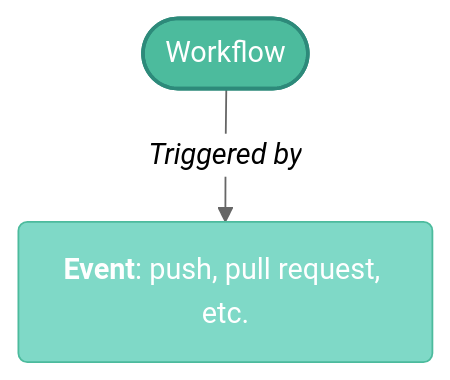
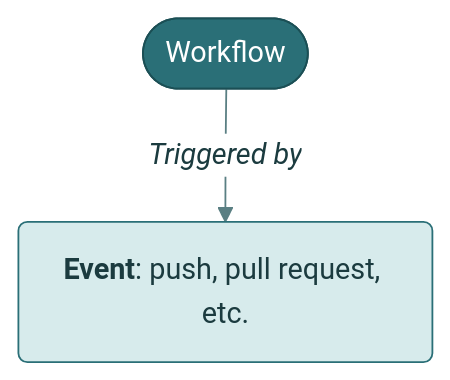
One commit to mjfrigaard/shiny-app-pkgs changed the first of 8 diagrams in gha.qmd. Above: the diagram before and after it, drawn with Mermaid. The commit also changed other lines of this file and 22 other files, not shown here.

First line of the commit message:
Standardize mermaid diagrams on the site teal palette

````diff
--- a/gha.qmd
+++ b/gha.qmd
@@ -94,11 +94,14 @@
 ```{mermaid}
 %%| fig-align: center
-%%{init: {'theme': 'neutral', 'themeVariables': { 'fontFamily': 'monospace', "fontSize":"16px"}}}%%
+%%{init: {'theme': 'base', 'themeVariables': { 'fontFamily': 'monospace', "fontSize":"16px", "primaryColor":"#D7EBEC", "primaryTextColor":"#1B3B3F", "primaryBorderColor":"#2A6F77", "lineColor":"#5A7F83", "edgeLabelBackground":"#FFFFFF", "clusterBkg":"#F3F8F8", "clusterBorder":"#2A6F77", "darkMode":false}}}%%
 
 flowchart TD
   workflow(["Workflow"]) -->|"<em>Triggered by<em>"| event("<strong>Event</strong>: push, pull request, etc.")
 
-  style workflow fill:#4CBB9D,color:#fff,stroke:#2d8a7a,stroke-width:2px
-  style event fill:#7fd9c7,color:#fff,stroke:#4CBB9D,stroke-width:1px
-
+    classDef term fill:#2A6F77,color:#FFFFFF,stroke:#1B4F55,stroke-width:1px
+    classDef step fill:#D7EBEC,color:#1B3B3F,stroke:#2A6F77,stroke-width:1px
+    classDef decision fill:#F4C26B,color:#3D2A00,stroke:#B7832B,stroke-width:1px
+    classDef io fill:#FFFFFF,color:#1B3B3F,stroke:#2A6F77,stroke-width:1px
+    class workflow term
+    class event step
 ```
````
